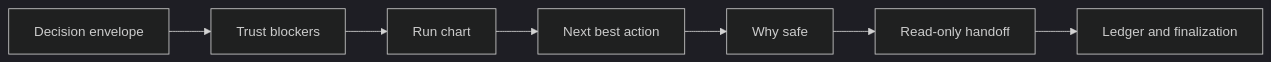
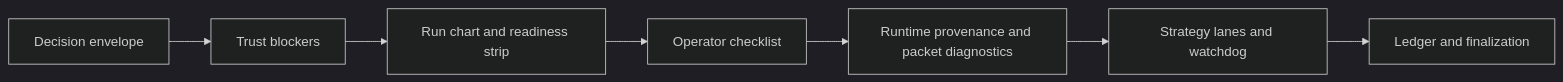
One commit to TheGreenCedar/codex-autoresearch changed the sixth of 6 diagrams in plugins/codex-autoresearch/docs/workflows.md. Above: the diagram before and after it, drawn with Mermaid (dark theme). The commit also changed other lines of this file and 17 other files, not shown here.

````diff
--- a/plugins/codex-autoresearch/docs/workflows.md
+++ b/plugins/codex-autoresearch/docs/workflows.md
@@ -75,9 +96,9 @@
 ```mermaid
 flowchart LR
   A["Decision envelope"] --> B["Trust blockers"]
-  B --> C["Run chart"]
-  C --> D["Next best action"]
-  D --> E["Why safe"]
-  E --> F["Read-only handoff"]
+  B --> C["Run chart and readiness strip"]
+  C --> D["Operator checklist"]
+  D --> E["Runtime provenance and packet diagnostics"]
+  E --> F["Strategy lanes and watchdog"]
   F --> G["Ledger and finalization"]
 ```
````
